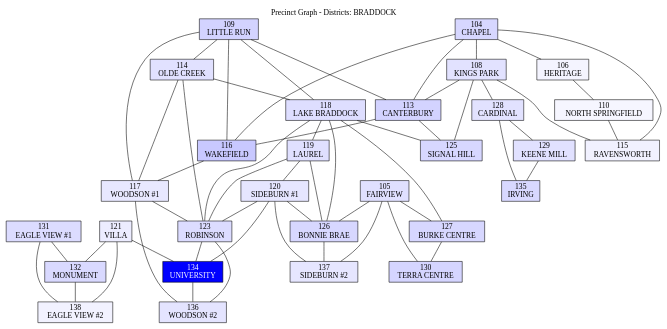
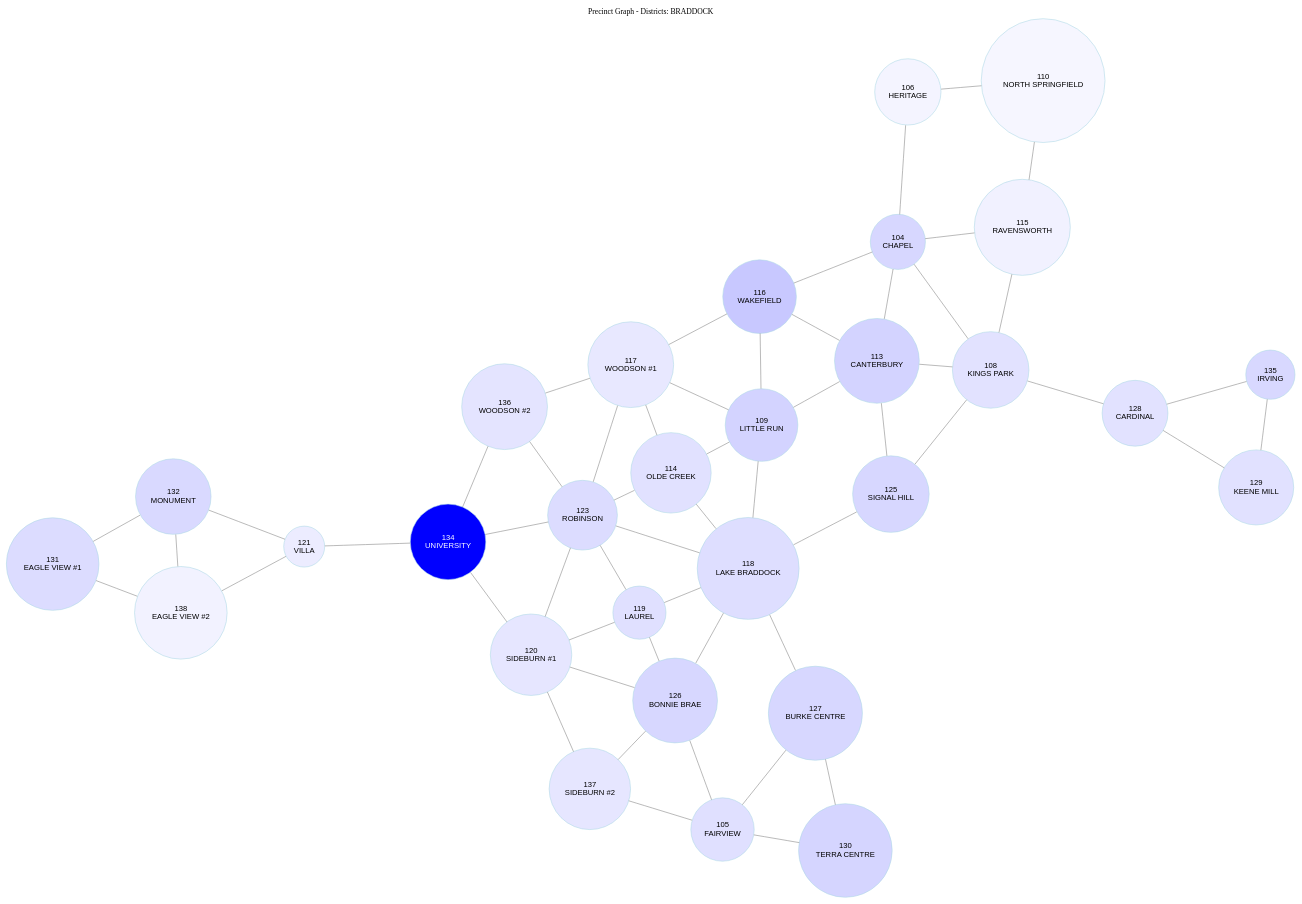
Before and after one commit to osistlk/Documents: the diagram in data/precinct_graph.dot, drawn with Graphviz. The commit also changed 2 other files, not shown here.

Commit message:
Refactor precinct graph generation to improve layout and styling; update node properties and edge filtering

```diff
--- a/data/precinct_graph.dot
+++ b/data/precinct_graph.dot
@@ -1,91 +1,94 @@
 graph precinct_graph {
-label="Precinct Graph - Districts: BRADDOCK";
-labelloc="t";
-fontcolor="black";
-bgcolor="white";
-node [shape=box, fontcolor="black", color="black", style="filled", fillcolor="lightgray"];
-edge [color="black"];
-138 [label="138\nEAGLE VIEW #2", fillcolor="#f2f2ff", fontcolor="black"];
-137 [label="137\nSIDEBURN #2", fillcolor="#e6e6ff", fontcolor="black"];
-136 [label="136\nWOODSON #2", fillcolor="#e4e4ff", fontcolor="black"];
-135 [label="135\nIRVING", fillcolor="#d8d8ff", fontcolor="black"];
-134 [label="134\nUNIVERSITY", fillcolor="#0000ff", fontcolor="white"];
-134 -- 136;
-132 [label="132\nMONUMENT", fillcolor="#d9d9ff", fontcolor="black"];
-132 -- 138;
-131 [label="131\nEAGLE VIEW #1", fillcolor="#dcdcff", fontcolor="black"];
-131 -- 132;
-131 -- 138;
-130 [label="130\nTERRA CENTRE", fillcolor="#d5d5ff", fontcolor="black"];
-129 [label="129\nKEENE MILL", fillcolor="#e1e1ff", fontcolor="black"];
-129 -- 135;
-128 [label="128\nCARDINAL", fillcolor="#e2e2ff", fontcolor="black"];
-128 -- 129;
-128 -- 135;
-127 [label="127\nBURKE CENTRE", fillcolor="#d7d7ff", fontcolor="black"];
-127 -- 130;
-126 [label="126\nBONNIE BRAE", fillcolor="#d7d7ff", fontcolor="black"];
-126 -- 137;
-125 [label="125\nSIGNAL HILL", fillcolor="#d7d7ff", fontcolor="black"];
-123 [label="123\nROBINSON", fillcolor="#dcdcff", fontcolor="black"];
-123 -- 134;
-123 -- 136;
-121 [label="121\nVILLA", fillcolor="#ececff", fontcolor="black"];
-121 -- 132;
-121 -- 134;
-121 -- 138;
-120 [label="120\nSIDEBURN #1", fillcolor="#e6e6ff", fontcolor="black"];
-120 -- 123;
-120 -- 126;
-120 -- 134;
-120 -- 137;
-119 [label="119\nLAUREL", fillcolor="#e0e0ff", fontcolor="black"];
-119 -- 120;
-119 -- 123;
-119 -- 126;
-118 [label="118\nLAKE BRADDOCK", fillcolor="#dedeff", fontcolor="black"];
-118 -- 119;
-118 -- 123;
-118 -- 125;
-118 -- 126;
-118 -- 127;
-117 [label="117\nWOODSON #1", fillcolor="#e8e8ff", fontcolor="black"];
-117 -- 123;
-117 -- 136;
-116 [label="116\nWAKEFIELD", fillcolor="#c8c8ff", fontcolor="black"];
-116 -- 117;
-115 [label="115\nRAVENSWORTH", fillcolor="#f1f1ff", fontcolor="black"];
-114 [label="114\nOLDE CREEK", fillcolor="#e1e1ff", fontcolor="black"];
-114 -- 117;
-114 -- 118;
-114 -- 123;
-113 [label="113\nCANTERBURY", fillcolor="#d3d3ff", fontcolor="black"];
-113 -- 116;
-113 -- 125;
-110 [label="110\nNORTH SPRINGFIELD", fillcolor="#f6f6ff", fontcolor="black"];
-110 -- 115;
-109 [label="109\nLITTLE RUN", fillcolor="#d3d3ff", fontcolor="black"];
-109 -- 113;
-109 -- 114;
-109 -- 116;
-109 -- 117;
-109 -- 118;
-108 [label="108\nKINGS PARK", fillcolor="#e2e2ff", fontcolor="black"];
-108 -- 113;
-108 -- 115;
-108 -- 125;
-108 -- 128;
-106 [label="106\nHERITAGE", fillcolor="#f4f4ff", fontcolor="black"];
-106 -- 110;
-105 [label="105\nFAIRVIEW", fillcolor="#e0e0ff", fontcolor="black"];
-105 -- 126;
-105 -- 127;
-105 -- 130;
-105 -- 137;
-104 [label="104\nCHAPEL", fillcolor="#d7d7ff", fontcolor="black"];
-104 -- 106;
-104 -- 108;
-104 -- 113;
-104 -- 115;
-104 -- 116;
+    label = "Precinct Graph - Districts: BRADDOCK";
+    labelloc = "t";
+    fontcolor = "black";
+    bgcolor = "white";
+    layout = neato;
+    overlap = false;
+    splines = true;
+    node [shape = circle; style = filled; color = lightblue; fontname = "Arial";];
+    edge [color = gray; arrowhead = none;];
+    138 [label = "138\nEAGLE VIEW #2";fillcolor = "#f2f2ff";fontcolor = "black";];
+    137 [label = "137\nSIDEBURN #2";fillcolor = "#e6e6ff";fontcolor = "black";];
+    136 [label = "136\nWOODSON #2";fillcolor = "#e4e4ff";fontcolor = "black";];
+    135 [label = "135\nIRVING";fillcolor = "#d8d8ff";fontcolor = "black";];
+    134 [label = "134\nUNIVERSITY";fillcolor = "#0000ff";fontcolor = "white";];
+    134 -- 136;
+    132 [label = "132\nMONUMENT";fillcolor = "#d9d9ff";fontcolor = "black";];
+    132 -- 138;
+    131 [label = "131\nEAGLE VIEW #1";fillcolor = "#dcdcff";fontcolor = "black";];
+    131 -- 132;
+    131 -- 138;
+    130 [label = "130\nTERRA CENTRE";fillcolor = "#d5d5ff";fontcolor = "black";];
+    129 [label = "129\nKEENE MILL";fillcolor = "#e1e1ff";fontcolor = "black";];
+    129 -- 135;
+    128 [label = "128\nCARDINAL";fillcolor = "#e2e2ff";fontcolor = "black";];
+    128 -- 129;
+    128 -- 135;
+    127 [label = "127\nBURKE CENTRE";fillcolor = "#d7d7ff";fontcolor = "black";];
+    127 -- 130;
+    126 [label = "126\nBONNIE BRAE";fillcolor = "#d7d7ff";fontcolor = "black";];
+    126 -- 137;
+    125 [label = "125\nSIGNAL HILL";fillcolor = "#d7d7ff";fontcolor = "black";];
+    123 [label = "123\nROBINSON";fillcolor = "#dcdcff";fontcolor = "black";];
+    123 -- 134;
+    123 -- 136;
+    121 [label = "121\nVILLA";fillcolor = "#ececff";fontcolor = "black";];
+    121 -- 132;
+    121 -- 134;
+    121 -- 138;
+    120 [label = "120\nSIDEBURN #1";fillcolor = "#e6e6ff";fontcolor = "black";];
+    120 -- 123;
+    120 -- 126;
+    120 -- 134;
+    120 -- 137;
+    119 [label = "119\nLAUREL";fillcolor = "#e0e0ff";fontcolor = "black";];
+    119 -- 120;
+    119 -- 123;
+    119 -- 126;
+    118 [label = "118\nLAKE BRADDOCK";fillcolor = "#dedeff";fontcolor = "black";];
+    118 -- 119;
+    118 -- 123;
+    118 -- 125;
+    118 -- 126;
+    118 -- 127;
+    117 [label = "117\nWOODSON #1";fillcolor = "#e8e8ff";fontcolor = "black";];
+    117 -- 123;
+    117 -- 136;
+    116 [label = "116\nWAKEFIELD";fillcolor = "#c8c8ff";fontcolor = "black";];
+    116 -- 117;
+    115 [label = "115\nRAVENSWORTH";fillcolor = "#f1f1ff";fontcolor = "black";];
+    114 [label = "114\nOLDE CREEK";fillcolor = "#e1e1ff";fontcolor = "black";];
+    114 -- 117;
+    114 -- 118;
+    114 -- 123;
+    113 [label = "113\nCANTERBURY";fillcolor = "#d3d3ff";fontcolor = "black";];
+    113 -- 116;
+    113 -- 125;
+    110 [label = "110\nNORTH SPRINGFIELD";fillcolor = "#f6f6ff";fontcolor = "black";];
+    110 -- 115;
+    109 [label = "109\nLITTLE RUN";fillcolor = "#d3d3ff";fontcolor = "black";];
+    109 -- 113;
+    109 -- 114;
+    109 -- 116;
+    109 -- 117;
+    109 -- 118;
+    108 [label = "108\nKINGS PARK";fillcolor = "#e2e2ff";fontcolor = "black";];
+    108 -- 113;
+    108 -- 115;
+    108 -- 125;
+    108 -- 128;
+    106 [label = "106\nHERITAGE";fillcolor = "#f4f4ff";fontcolor = "black";];
+    106 -- 110;
+    105 [label = "105\nFAIRVIEW";fillcolor = "#e0e0ff";fontcolor = "black";];
+    105 -- 126;
+    105 -- 127;
+    105 -- 130;
+    105 -- 137;
+    104 [label = "104\nCHAPEL";fillcolor = "#d7d7ff";fontcolor = "black";];
+    104 -- 106;
+    104 -- 108;
+    104 -- 113;
+    104 -- 115;
+    104 -- 116;
 }
```
